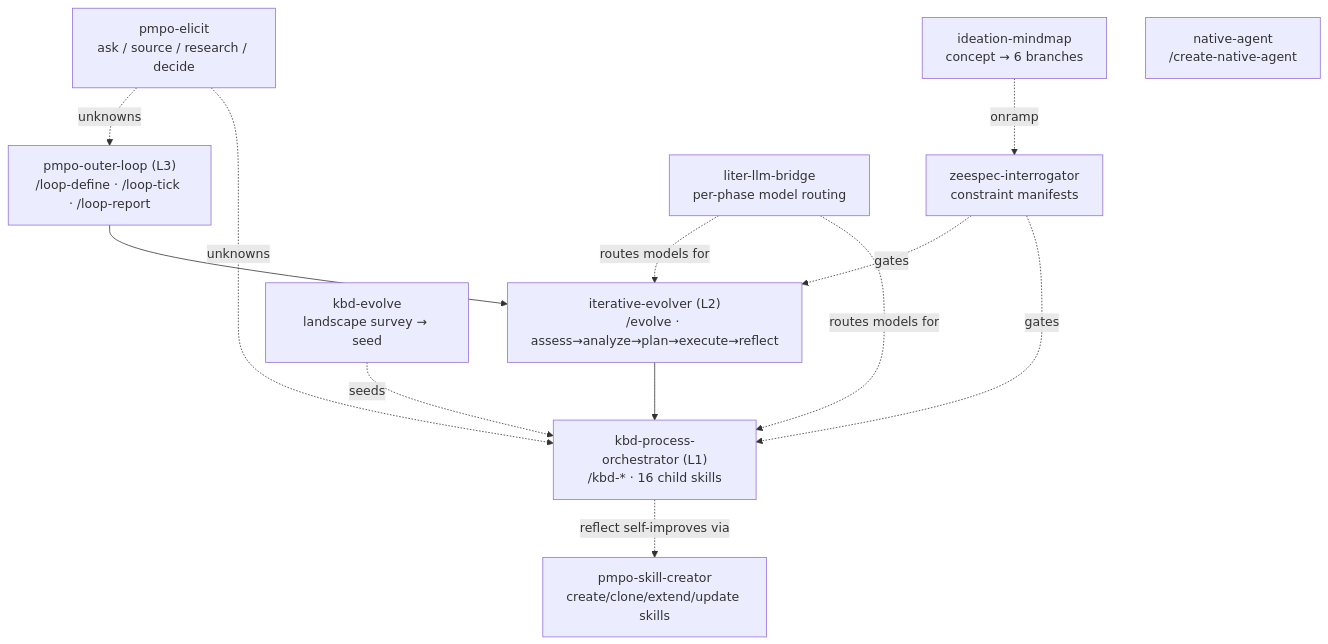
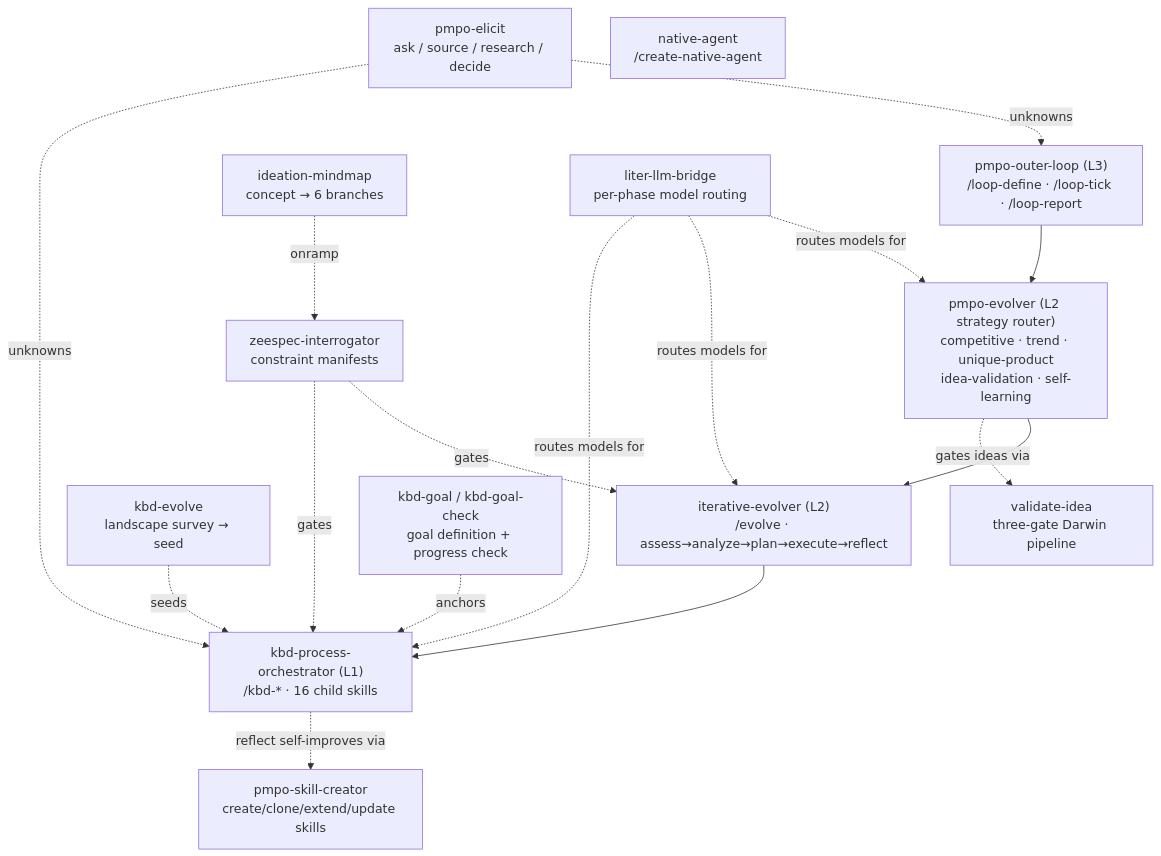
The first of 2 diagrams in docs/guide/09-process-skills.md (Prometheus-AGS/prometheus-skill-system), drawn with Mermaid before and after one commit. The commit also changed other lines of this file and 154 other files, not shown here.

First line of the commit message:
feat(process): ship pmpo-evolver, pmpo-elicit, kbd-goal, validate-idea — v1.3.0

````diff
--- a/docs/guide/09-process-skills.md
+++ b/docs/guide/09-process-skills.md
@@ -5,24 +5,30 @@
 ```mermaid
 graph TD
     OUTER["pmpo-outer-loop (L3)<br/>/loop-define · /loop-tick · /loop-report"]
+    PMPOEV["pmpo-evolver (L2 strategy router)<br/>competitive · trend · unique-product<br/>idea-validation · self-learning"]
     EVOLVER["iterative-evolver (L2)<br/>/evolve · assess→analyze→plan→execute→reflect"]
     KBD["kbd-process-orchestrator (L1)<br/>/kbd-* · 16 child skills"]
     ZEE["zeespec-interrogator<br/>constraint manifests"]
     ELICIT["pmpo-elicit<br/>ask / source / research / decide"]
     EVOLVE["kbd-evolve<br/>landscape survey → seed"]
     IDEA["ideation-mindmap<br/>concept → 6 branches"]
     CREATE["pmpo-skill-creator<br/>create/clone/extend/update skills"]
     NATIVE["native-agent<br/>/create-native-agent"]
     LITER["liter-llm-bridge<br/>per-phase model routing"]
+    VIDEA["validate-idea<br/>three-gate Darwin pipeline"]
+    GOAL["kbd-goal / kbd-goal-check<br/>goal definition + progress check"]
 
-    OUTER --> EVOLVER --> KBD
+    OUTER --> PMPOEV --> EVOLVER --> KBD
     ZEE -.gates.-> EVOLVER
     ZEE -.gates.-> KBD
     ELICIT -.unknowns.-> OUTER
     ELICIT -.unknowns.-> KBD
     EVOLVE -.seeds.-> KBD
     IDEA -.onramp.-> ZEE
     KBD -.reflect self-improves via.-> CREATE
+    LITER -.routes models for.-> PMPOEV
     LITER -.routes models for.-> EVOLVER
     LITER -.routes models for.-> KBD
+    PMPOEV -.gates ideas via.-> VIDEA
+    GOAL -.anchors.-> KBD
 ```
````
